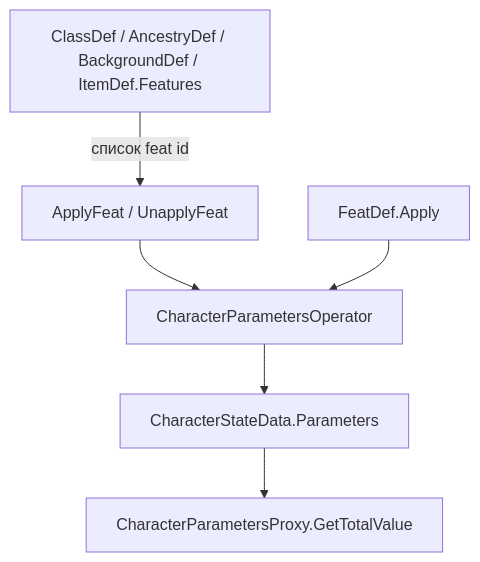
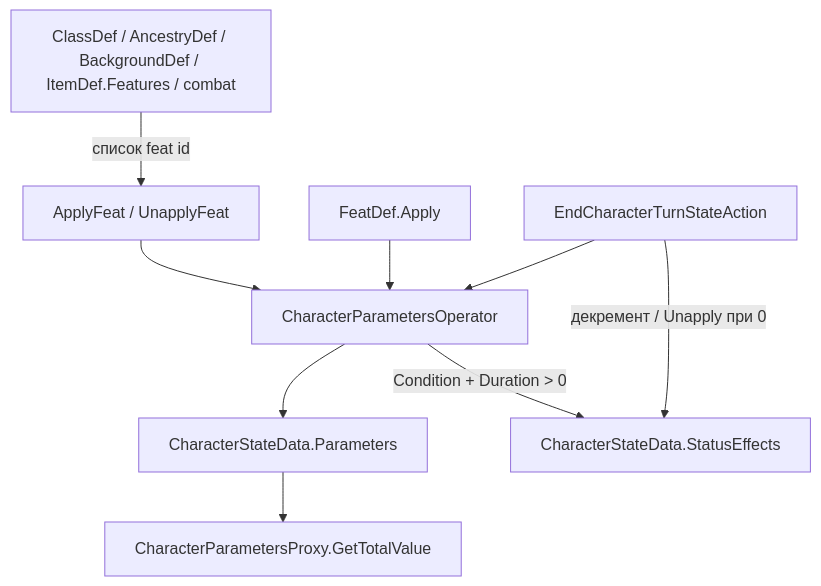
Before and after one commit to DL-SKY/DKIT: the first of 2 diagrams in .cursor/docs/modules/Feats.md, drawn with Mermaid. The commit also changed other lines of this file and 35 other files, not shown here.

````diff
--- a/.cursor/docs/modules/Feats.md
+++ b/.cursor/docs/modules/Feats.md
@@ -17,13 +18,18 @@
 ```mermaid
 flowchart TD
-  defSource["ClassDef / AncestryDef / BackgroundDef / ItemDef.Features"]
+  defSource["ClassDef / AncestryDef / BackgroundDef / ItemDef.Features / combat"]
   featDef["FeatDef.Apply"]
   operator["CharacterParametersOperator"]
   parameters["CharacterStateData.Parameters"]
+  status["CharacterStateData.StatusEffects"]
   proxy["CharacterParametersProxy.GetTotalValue"]
+  turnEnd["EndCharacterTurnStateAction"]
   defSource -->|"список feat id"| applyCall["ApplyFeat / UnapplyFeat"]
   applyCall --> operator
   featDef --> operator
   operator --> parameters
+  operator -->|"Condition + Duration > 0"| status
   parameters --> proxy
+  turnEnd -->|"декремент / Unapply при 0"| status
+  turnEnd --> operator
 ```
````
